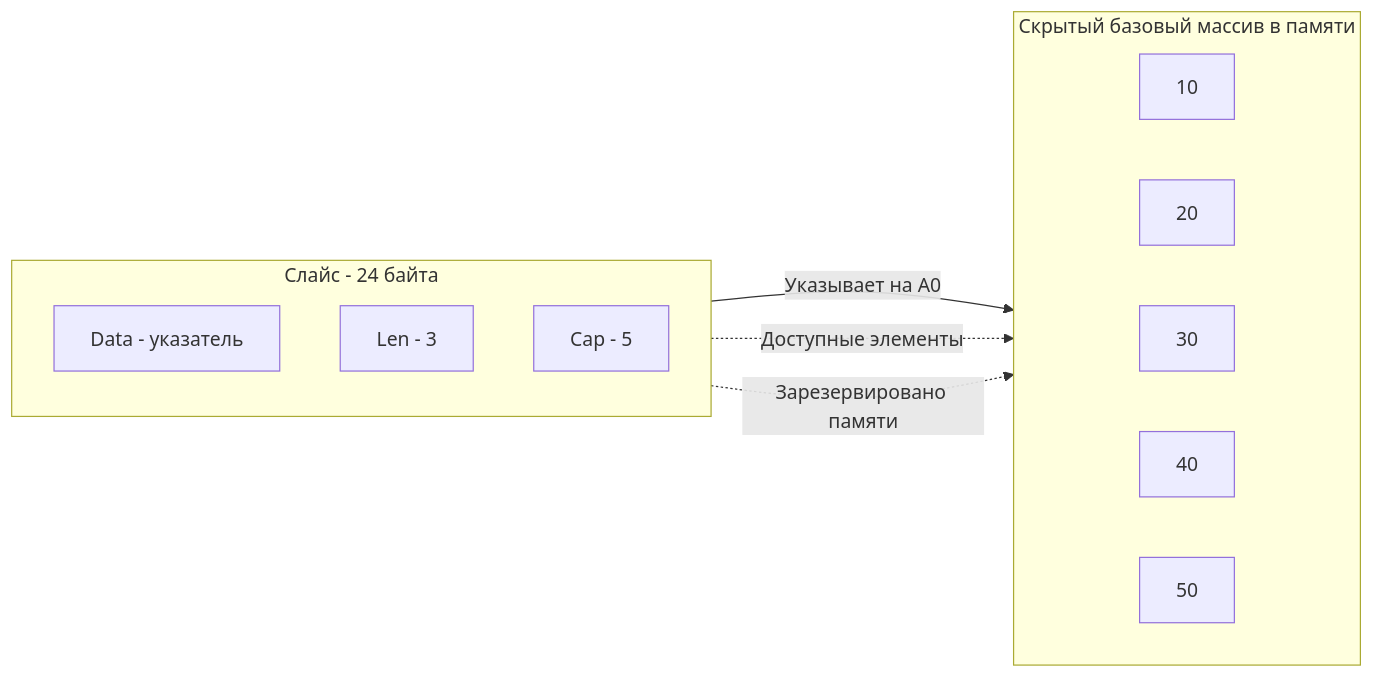
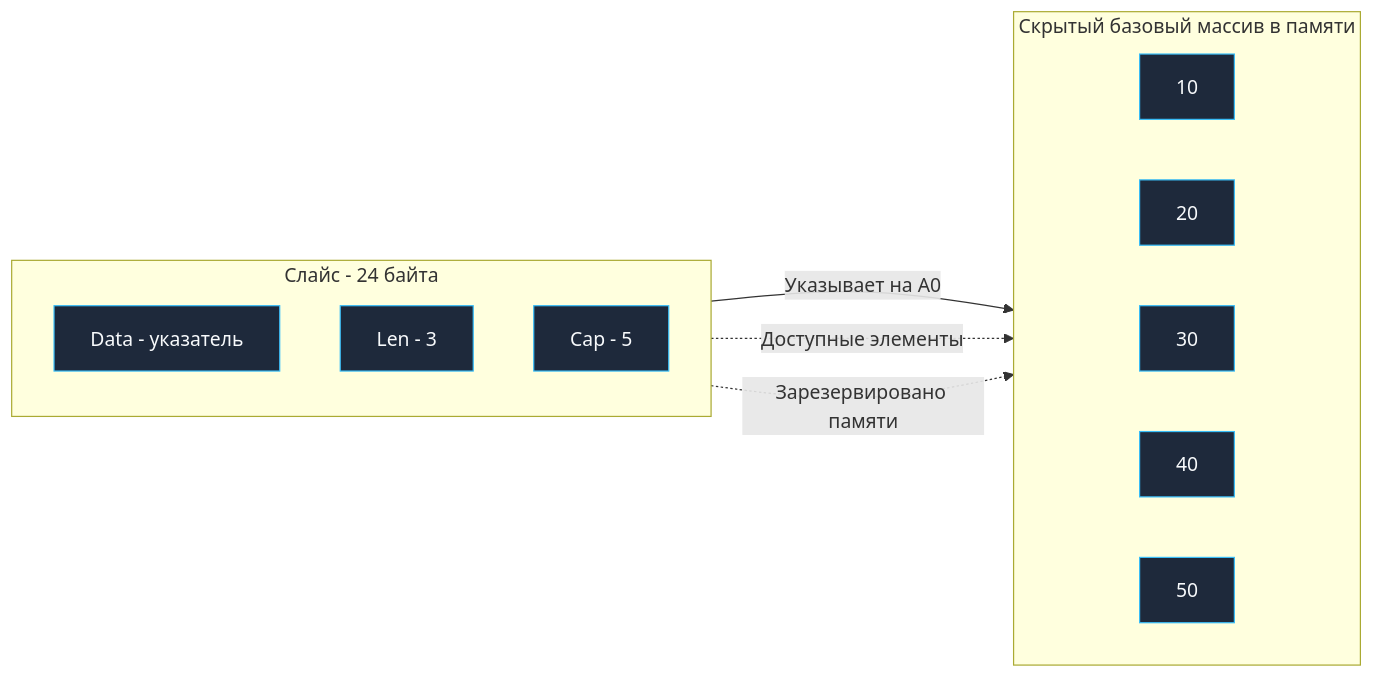
The diagram in sources/5. Учебник по Go (Основы и синтаксис)/16. Slice. Главная структура данных в Go.md (UnrealTemplier/go-textbook), drawn with Mermaid before and after one commit. The commit also changed 1666 other files, not shown here.

First line of the commit message:
feat(mermaid): add semantic color classDef to 1369 colorless flowchart/graph diagrams

````diff
--- a/sources/5. Учебник по Go (Основы и синтаксис)/16. Slice. Главная структура данных в Go.md
+++ b/sources/5. Учебник по Go (Основы и синтаксис)/16. Slice. Главная структура данных в Go.md
@@ -28,22 +28,32 @@
 ```mermaid
 flowchart LR
+    classDef process  fill:#1e293b,stroke:#38bdf8,stroke-width:1px,color:#f8fafc
+    classDef success  fill:#064e3b,stroke:#34d399,stroke-width:1px,color:#f8fafc
+    classDef error    fill:#7f1d1d,stroke:#f87171,stroke-width:1px,color:#f8fafc
+    classDef warning  fill:#78350f,stroke:#fbbf24,stroke-width:1px,color:#f8fafc
+    classDef entry    fill:#1e3a5f,stroke:#38bdf8,stroke-width:2px,color:#f8fafc
+    classDef aux      fill:#334155,stroke:#64748b,stroke-width:1px,color:#f8fafc
+    classDef system   fill:#312e81,stroke:#a78bfa,stroke-width:1px,color:#f8fafc
+    classDef data     fill:#132d29,stroke:#2dd4bf,stroke-width:1px,color:#f8fafc
+    classDef network  fill:#881337,stroke:#fb7185,stroke-width:1px,color:#f8fafc
+    classDef accent   fill:#1e1b4b,stroke:#818cf8,stroke-width:1px,color:#f8fafc
     subgraph SliceHeader["Слайс - 24 байта"]
         direction TB
-        Data["Data - указатель"]
-        Len["Len - 3"]
-        Cap["Cap - 5"]
+        Data["Data - указатель"]:::process
+        Len["Len - 3"]:::process
+        Cap["Cap - 5"]:::process
     end
 
     subgraph Array["Скрытый базовый массив в памяти"]
         direction LR
-        A0["10"]
-        A1["20"]
-        A2["30"]
-        A3["40"]
-        A4["50"]
+        A0["10"]:::process
+        A1["20"]:::process
+        A2["30"]:::process
+        A3["40"]:::process
+        A4["50"]:::process
     end
 
     Data -->|"Указывает на A0"| A0
     Len -.->|"Доступные элементы"| A2
     Cap -.->|"Зарезервировано памяти"| A4
 ```
````
